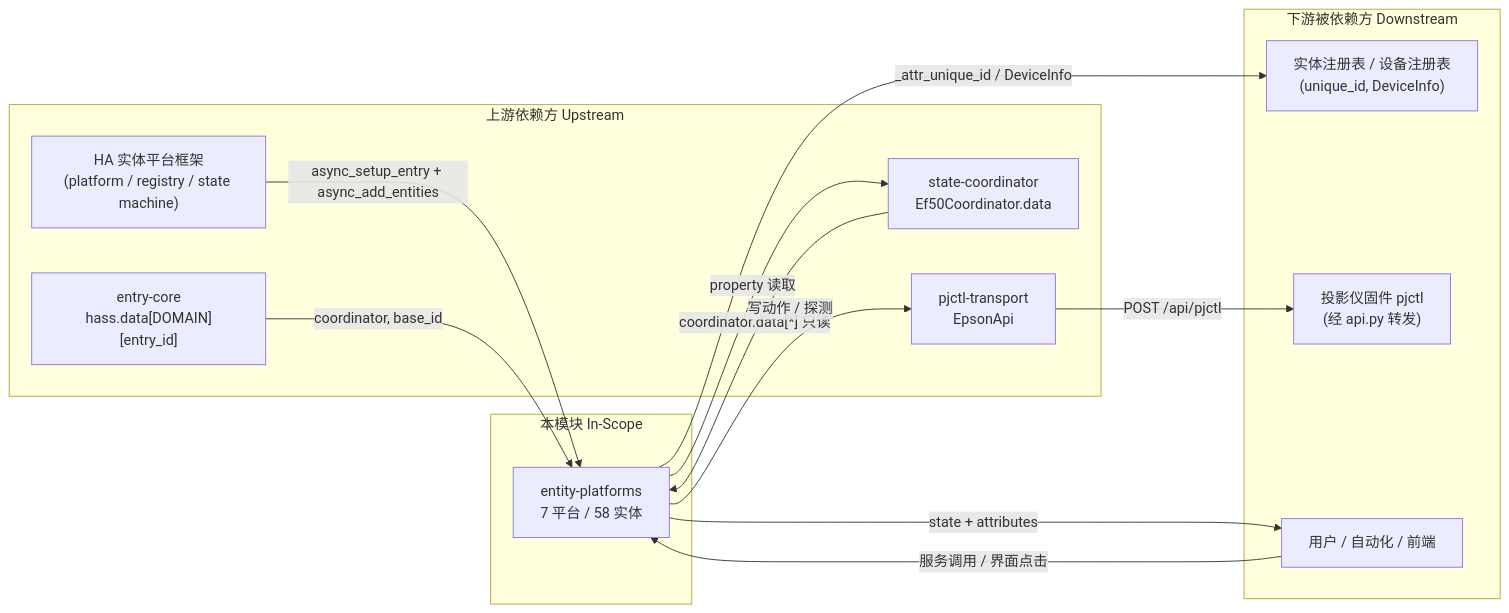
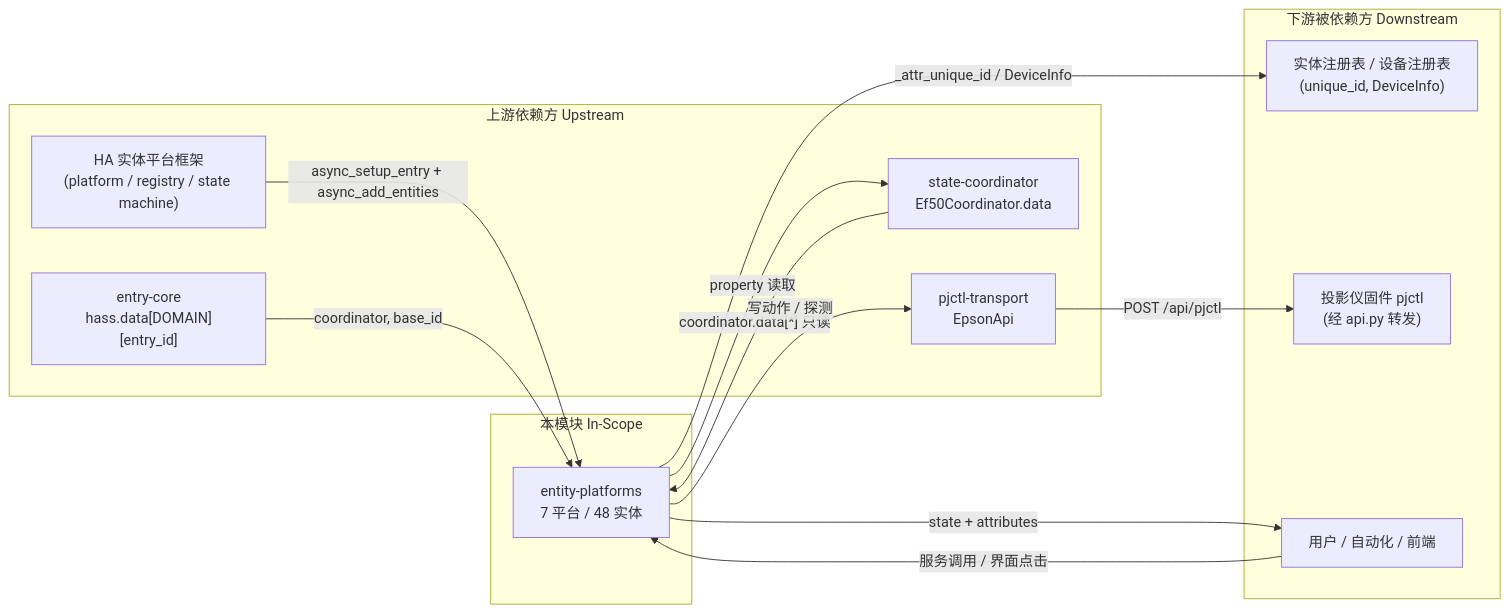
One commit to aixmoyu/ha-epson-ef-projector changed the diagram in docs/architecture/subsystems/entity-platforms/boundaries.md. Above: the diagram before and after it, drawn with Mermaid. The commit also changed other lines of this file and 78 other files, not shown here.

````diff
--- a/docs/architecture/subsystems/entity-platforms/boundaries.md
+++ b/docs/architecture/subsystems/entity-platforms/boundaries.md
@@ -22,26 +22,26 @@
 ```mermaid
 graph LR
     subgraph 本模块 In-Scope
-        SELF["entity-platforms<br/>7 平台 / 58 实体"]
+        SELF["entity-platforms<br/>7 平台 / 48 实体"]
     end
     subgraph 上游依赖方 Upstream
         HA["HA 实体平台框架<br/>(platform / registry / state machine)"]
         SC["state-coordinator<br/>Ef50Coordinator.data"]
         TX["pjctl-transport<br/>EpsonApi"]
         EC["entry-core<br/>hass.data[DOMAIN][entry_id]"]
     end
     subgraph 下游被依赖方 Downstream
         ER["实体注册表 / 设备注册表<br/>(unique_id, DeviceInfo)"]
         FW["投影仪固件 pjctl<br/>(经 api.py 转发)"]
         AUT["用户 / 自动化 / 前端"]
     end
     HA -->|"async_setup_entry + async_add_entities"| SELF
     EC -->|"coordinator, base_id"| SELF
     SC -->|"coordinator.data[*] 只读"| SELF
     SELF -->|"property 读取"| SC
     SELF -->|"写动作 / 探测"| TX
     TX -->|"POST /api/pjctl"| FW
     SELF -->|"_attr_unique_id / DeviceInfo"| ER
     AUT -->|"服务调用 / 界面点击"| SELF
     SELF -->|"state + attributes"| AUT
 ```
````
